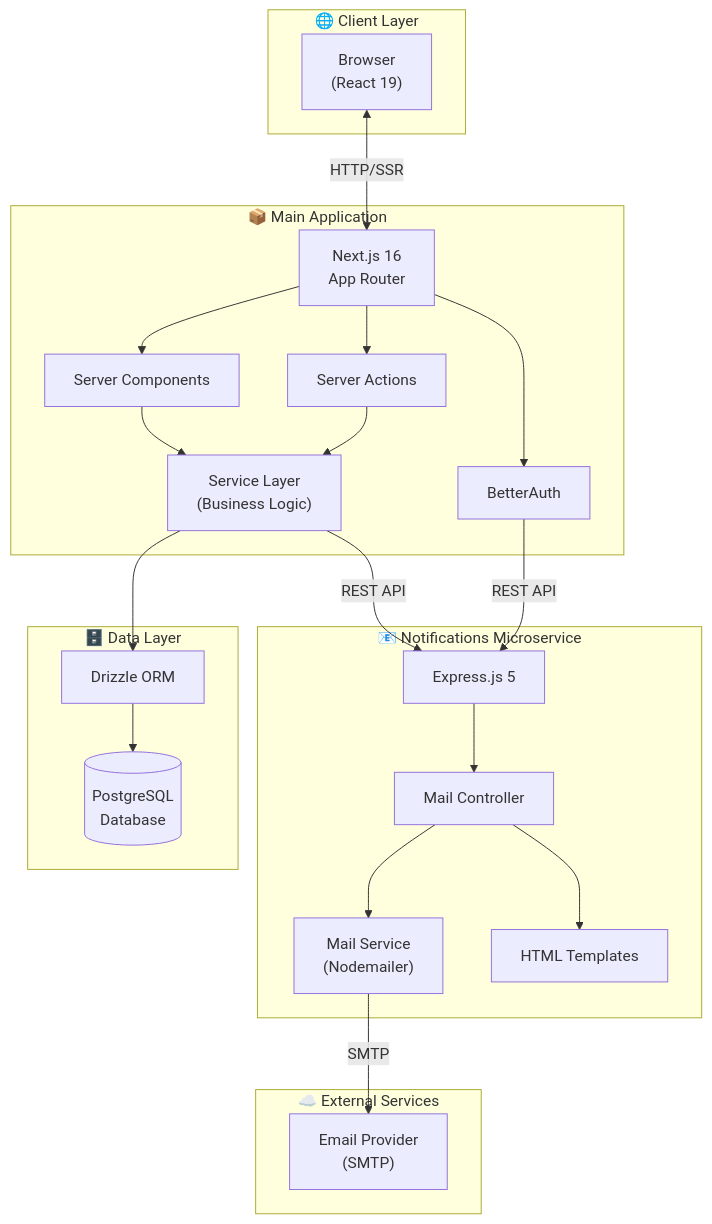
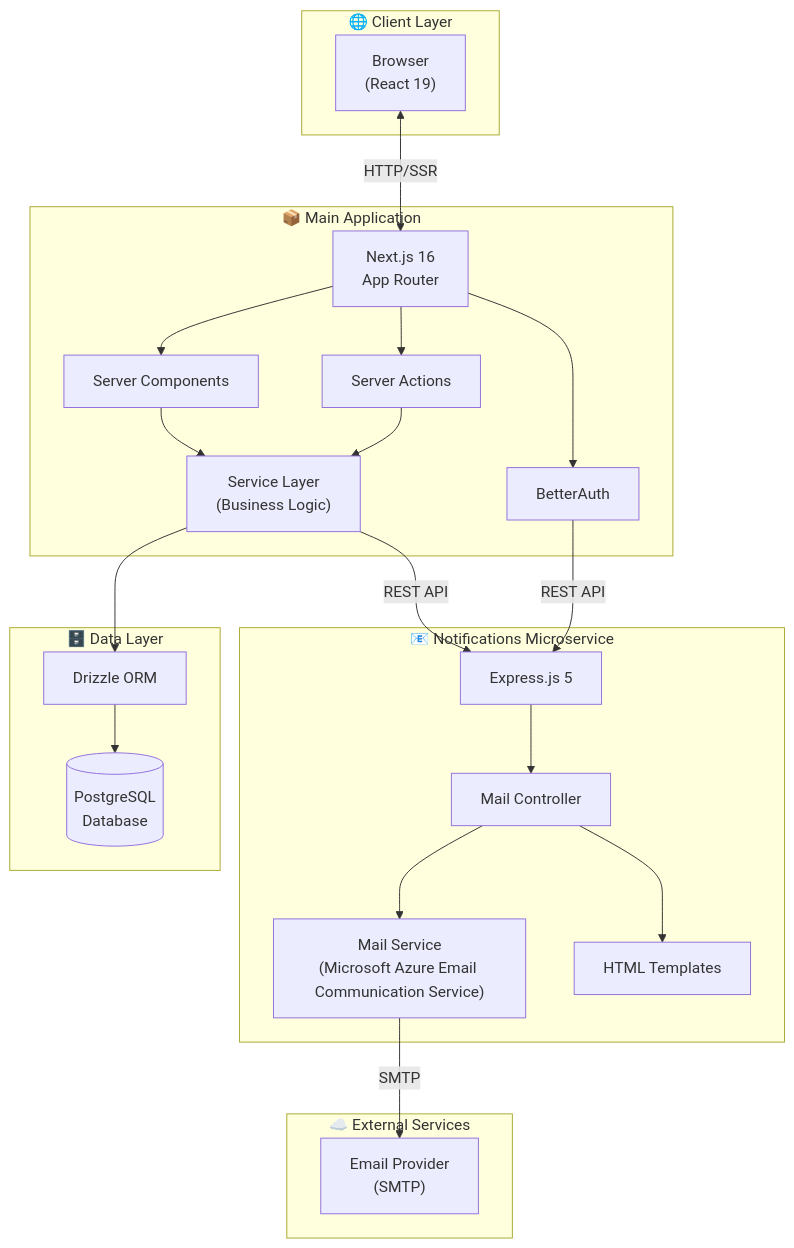
One commit to hemants1703/AmbitiousYou changed the first of 5 diagrams in README.md. Above: the diagram before and after it, drawn with Mermaid. The commit also changed other lines of this file, not shown here.

First line of the commit message:
Update README with improved tables and service details

````diff
--- a/README.md
+++ b/README.md
@@ -78,45 +78,45 @@
 ```mermaid
 graph TB
     subgraph Client["🌐 Client Layer"]
         Browser["Browser<br/>(React 19)"]
     end
 
     subgraph MainApp["📦 Main Application"]
         NextJS["Next.js 16<br/>App Router"]
         ServerComponents["Server Components"]
         ServerActions["Server Actions"]
         BetterAuth["BetterAuth"]
         Services["Service Layer<br/>(Business Logic)"]
     end
 
     subgraph NotificationsService["📧 Notifications Microservice"]
         Express["Express.js 5"]
         MailController["Mail Controller"]
-        MailService["Mail Service<br/>(Nodemailer)"]
+        MailService["Mail Service<br/>(Microsoft Azure Email Communication Service)"]
         Templates["HTML Templates"]
     end
 
     subgraph DataLayer["🗄️ Data Layer"]
         PostgreSQL[("PostgreSQL<br/>Database")]
         Drizzle["Drizzle ORM"]
     end
 
     subgraph External["☁️ External Services"]
         EmailProvider["Email Provider<br/>(SMTP)"]
     end
 
     Browser <-->|"HTTP/SSR"| NextJS
     NextJS --> ServerComponents
     NextJS --> ServerActions
     ServerComponents --> Services
     ServerActions --> Services
     NextJS --> BetterAuth
     Services --> Drizzle
     Drizzle --> PostgreSQL
     BetterAuth -->|"REST API"| Express
     Services -->|"REST API"| Express
     Express --> MailController
     MailController --> MailService
     MailController --> Templates
     MailService -->|"SMTP"| EmailProvider
 ```
````
